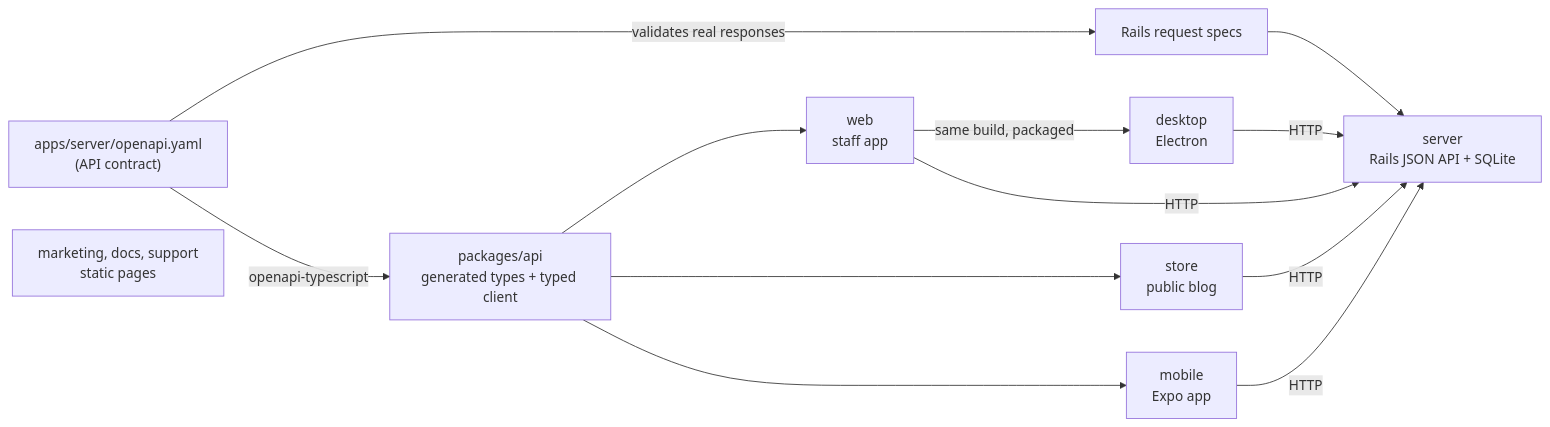
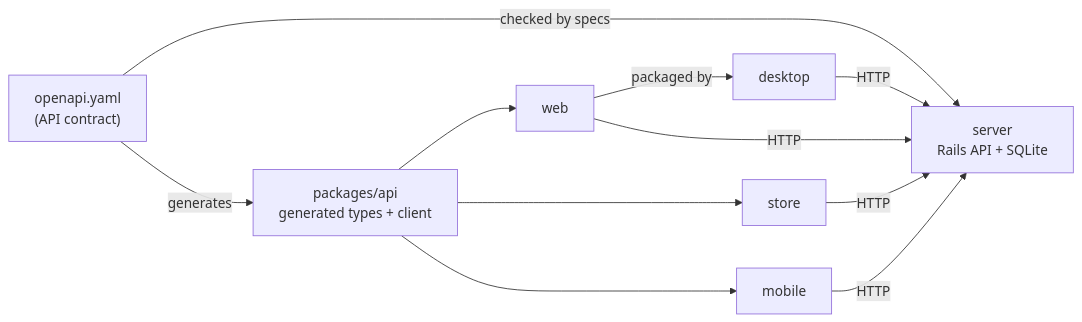
Before and after one commit to kennedywee/monorepo-release-lab: the diagram in README.md, drawn with Mermaid. The commit also changed other lines of this file and 1 other file, not shown here.

````diff
--- a/README.md
+++ b/README.md
@@ -34,18 +53,16 @@
 ```mermaid
 flowchart LR
-  contract["apps/server/openapi.yaml<br/>(API contract)"]
-  rails["server<br/>Rails JSON API + SQLite"]
-  specs["Rails request specs"]
-  types["packages/api<br/>generated types + typed client"]
-  web["web<br/>staff app"]
-  store["store<br/>public blog"]
-  mobile["mobile<br/>Expo app"]
-  desktop["desktop<br/>Electron"]
-  static["marketing, docs, support<br/>static pages"]
+  contract["openapi.yaml<br/>(API contract)"]
+  rails["server<br/>Rails API + SQLite"]
+  types["packages/api<br/>generated types + client"]
+  web["web"]
+  store["store"]
+  mobile["mobile"]
+  desktop["desktop"]
 
-  contract -- "validates real responses" --> specs --> rails
-  contract -- "openapi-typescript" --> types
+  contract -- "checked by specs" --> rails
+  contract -- "generates" --> types
   types --> web & store & mobile
-  web -- "same build, packaged" --> desktop
+  web -- "packaged by" --> desktop
   web & store & mobile & desktop -- HTTP --> rails
 ```
````
